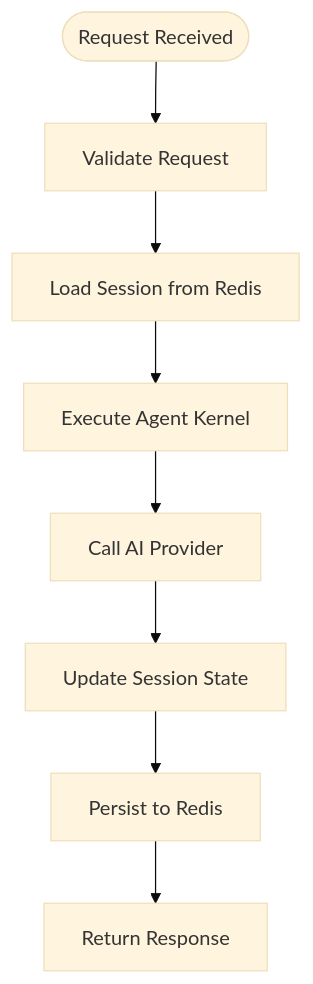
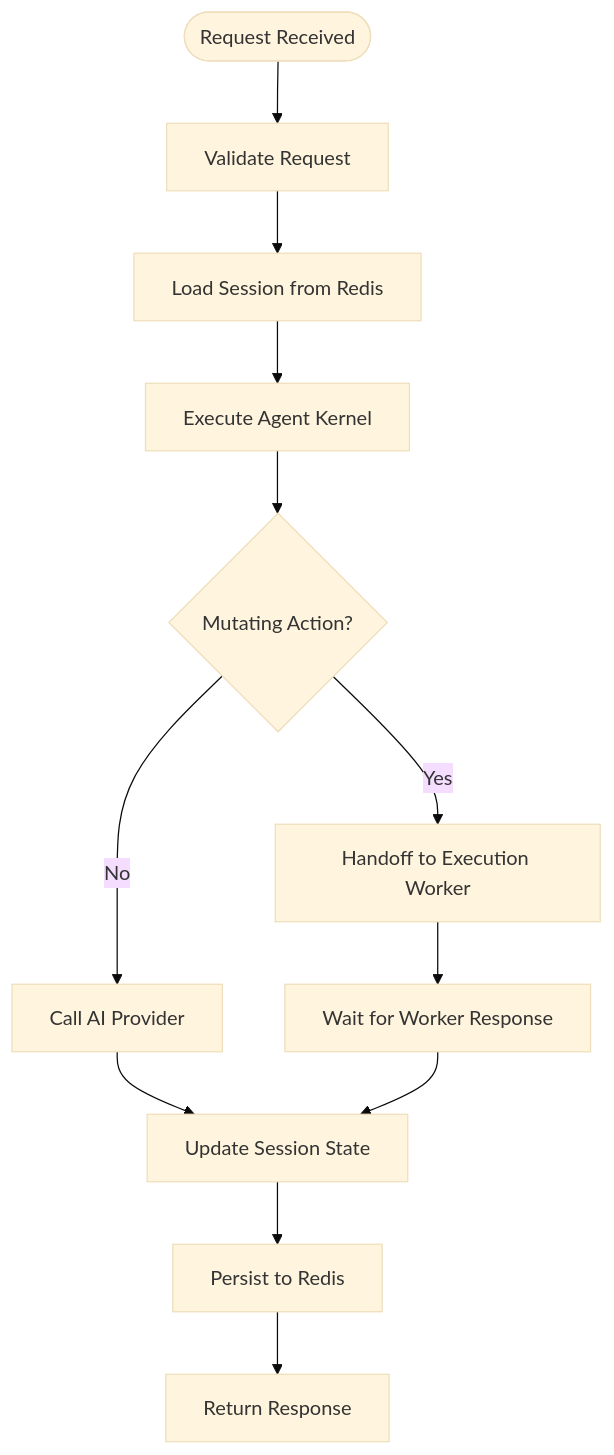
Before and after one commit to metasync/luban-aiops: the sixth of 9 diagrams in .qoder/repowiki/en/content/Architecture Documentation/Architecture Documentation.md, drawn with Mermaid (base theme). The commit also changed other lines of this file and 5 other files, not shown here.

````diff
--- a/.qoder/repowiki/en/content/Architecture Documentation/Architecture Documentation.md
+++ b/.qoder/repowiki/en/content/Architecture Documentation/Architecture Documentation.md
@@ -326,10 +412,14 @@
 ```mermaid
 flowchart TD
 Start(["Request Received"]) --> Validate["Validate Request"]
 Validate --> LoadSession["Load Session from Redis"]
 LoadSession --> KernelExec["Execute Agent Kernel"]
-KernelExec --> ProviderCall["Call AI Provider"]
+KernelExec --> MutatingCheck{"Mutating Action?"}
+MutatingCheck -- "No" --> ProviderCall["Call AI Provider"]
+MutatingCheck -- "Yes" --> Handoff["Handoff to Execution Worker"]
 ProviderCall --> UpdateSession["Update Session State"]
+Handoff --> WaitTimeout["Wait for Worker Response"]
+WaitTimeout --> UpdateSession
 UpdateSession --> Persist["Persist to Redis"]
 Persist --> ReturnResp["Return Response"]
 ```
````
